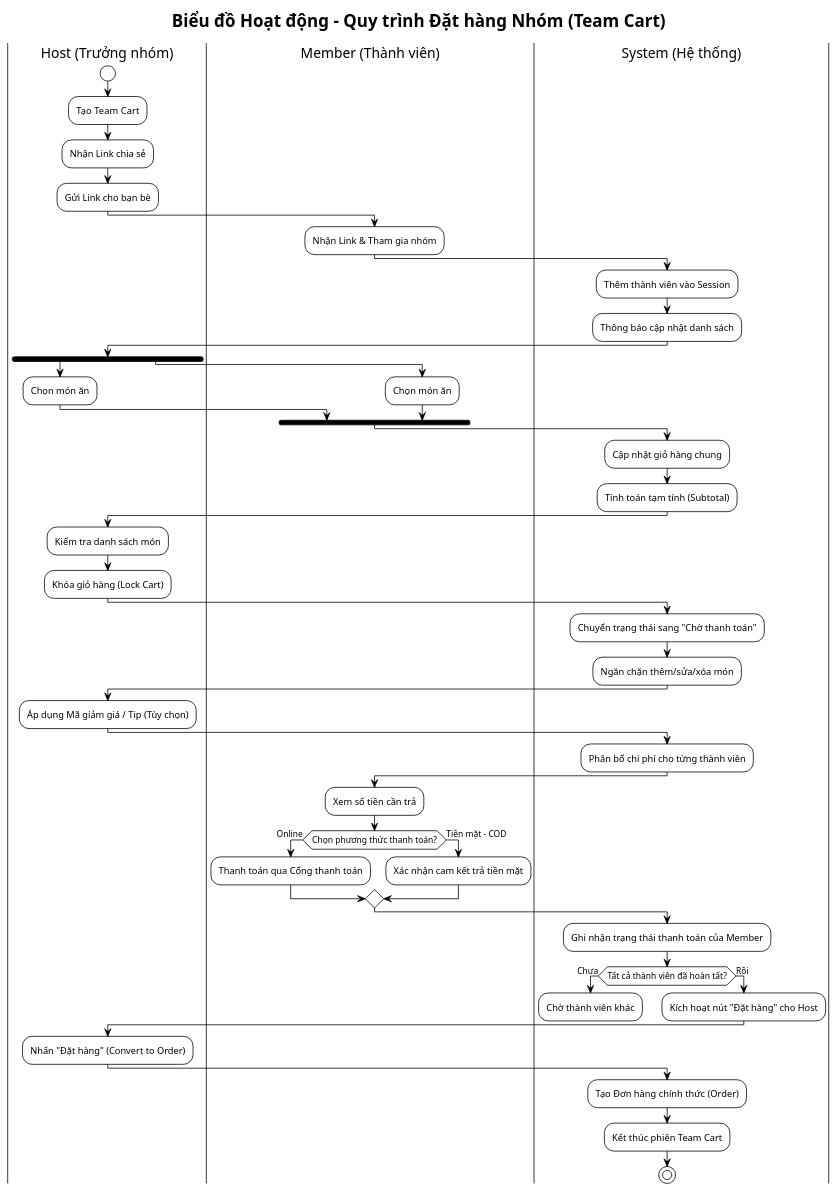
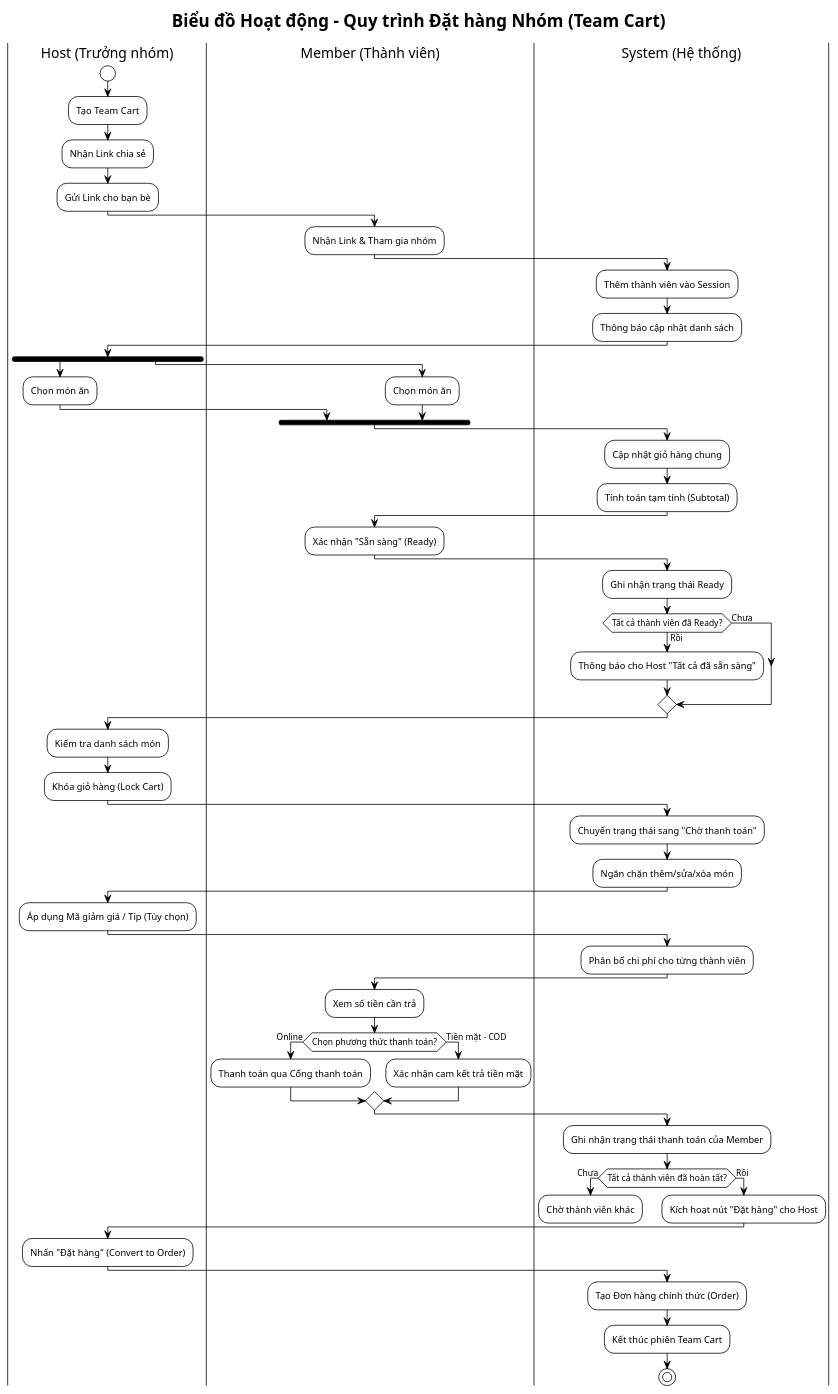
One commit to hoangvu1420/YummyZoom changed the diagram in report/res/diagrams/activity_teamcart_process.puml. Above: the diagram before and after it, drawn with PlantUML. The commit also changed 40 other files, not shown here.

Commit message:
feat: Implement comprehensive TeamCart functionality including Redis-backed store, real-time notifications, API endpoints, and associated documentation diagrams.

```diff
--- a/report/res/diagrams/activity_teamcart_process.puml
+++ b/report/res/diagrams/activity_teamcart_process.puml
@@ -1,71 +1,81 @@
 @startuml TeamCart_Process_Activity_Diagram
 !theme plain
 
 title Biểu đồ Hoạt động - Quy trình Đặt hàng Nhóm (Team Cart)
 
 |Host (Trưởng nhóm)|
 start
 :Tạo Team Cart;
 :Nhận Link chia sẻ;
 :Gửi Link cho bạn bè;
 
 |Member (Thành viên)|
 :Nhận Link & Tham gia nhóm;
 
 |System (Hệ thống)|
 :Thêm thành viên vào Session;
 :Thông báo cập nhật danh sách;
 
 |Host (Trưởng nhóm)|
 fork
     :Chọn món ăn;
 fork again
     |Member (Thành viên)|
     :Chọn món ăn;
 end fork
 
 |System (Hệ thống)|
 :Cập nhật giỏ hàng chung;
 :Tính toán tạm tính (Subtotal);
+
+|Member (Thành viên)|
+:Xác nhận "Sẵn sàng" (Ready);
+
+|System (Hệ thống)|
+:Ghi nhận trạng thái Ready;
+if (Tất cả thành viên đã Ready?) then (Rồi)
+    :Thông báo cho Host "Tất cả đã sẵn sàng";
+else (Chưa)
+endif
 
 |Host (Trưởng nhóm)|
 :Kiểm tra danh sách món;
 :Khóa giỏ hàng (Lock Cart);
 
 |System (Hệ thống)|
 :Chuyển trạng thái sang "Chờ thanh toán";
 :Ngăn chặn thêm/sửa/xóa món;
 
 |Host (Trưởng nhóm)|
 :Áp dụng Mã giảm giá / Tip (Tùy chọn);
 
 |System (Hệ thống)|
 :Phân bổ chi phí cho từng thành viên;
 
 |Member (Thành viên)|
 :Xem số tiền cần trả;
 if (Chọn phương thức thanh toán?) then (Online)
     :Thanh toán qua Cổng thanh toán;
 else (Tiền mặt - COD)
     :Xác nhận cam kết trả tiền mặt;
 endif
 
 |System (Hệ thống)|
 :Ghi nhận trạng thái thanh toán của Member;
 if (Tất cả thành viên đã hoàn tất?) then (Chưa)
     :Chờ thành viên khác;
     detach
 else (Rồi)
     :Kích hoạt nút "Đặt hàng" cho Host;
 endif
 
 |Host (Trưởng nhóm)|
 :Nhấn "Đặt hàng" (Convert to Order);
 
 |System (Hệ thống)|
 :Tạo Đơn hàng chính thức (Order);
 :Kết thúc phiên Team Cart;
 
 stop
 
 @enduml
```
